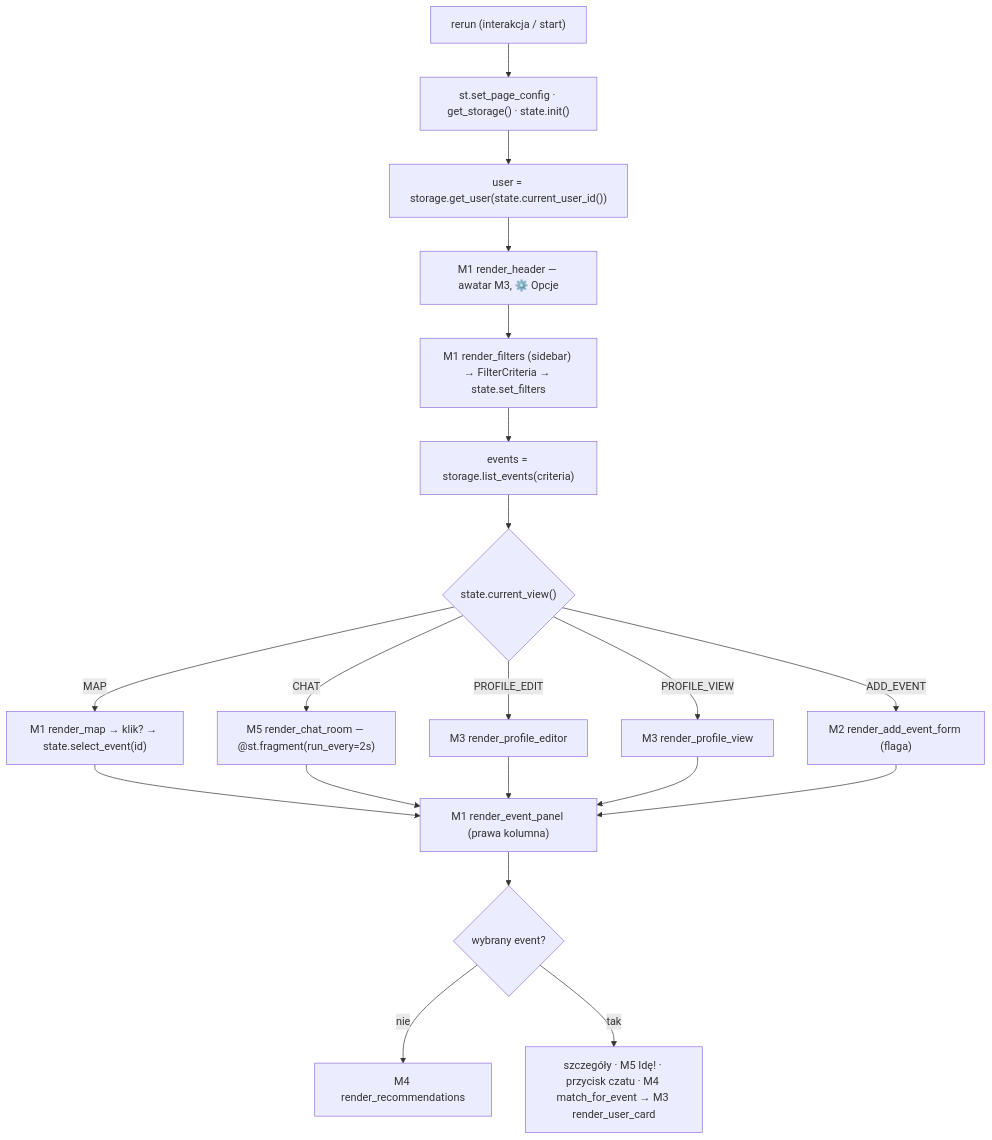
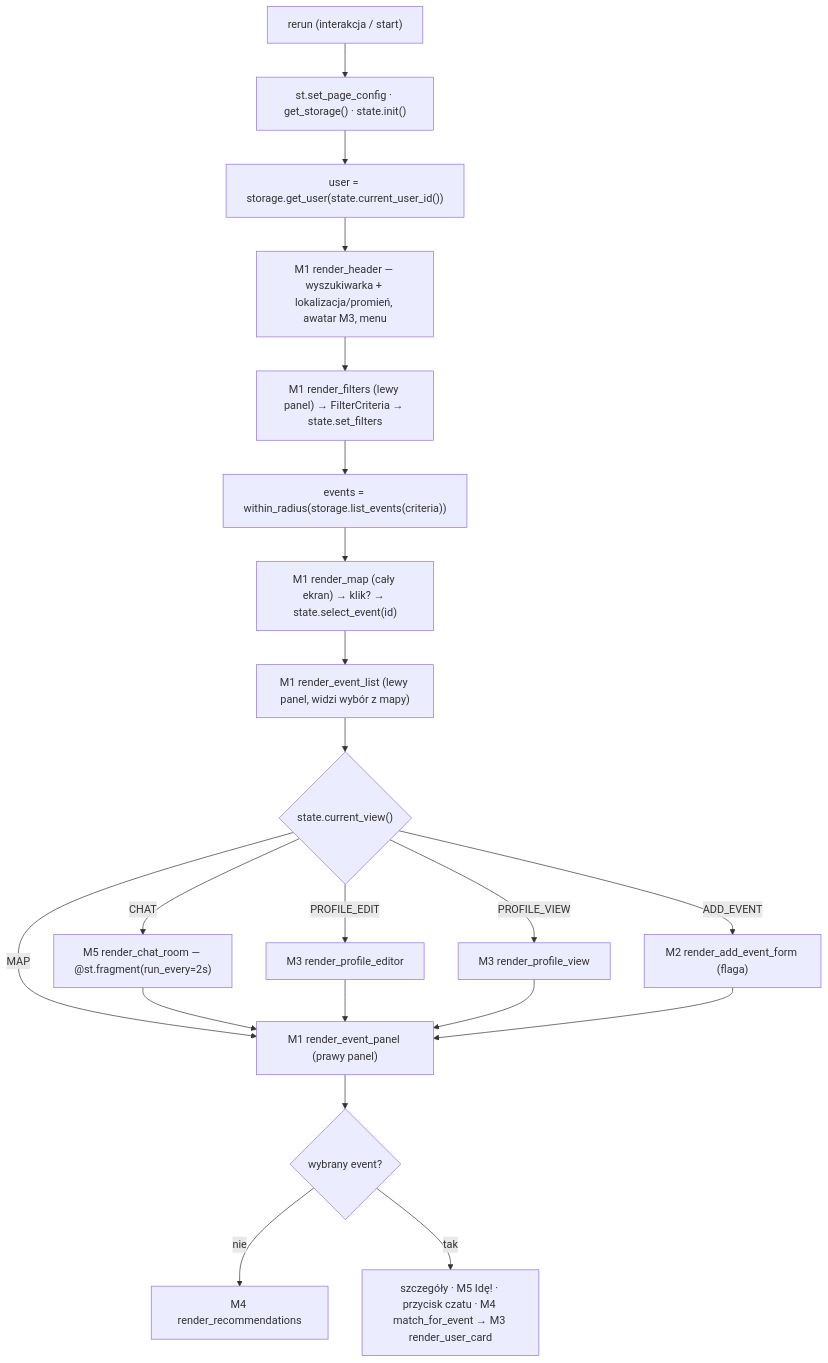
Before and after one commit to klonicaWeronika/HackYeah26_event_app: the fourth of 7 diagrams in ARCHITECTURE.md, drawn with Mermaid. The commit also changed other lines of this file and 10 other files, not shown here.

First line of the commit message:
M1: mapa na cały ekran z pływającymi panelami — wyszukiwarka z lokalizacją i promieniem, pasek kategorii, chowane panele

````diff
--- a/ARCHITECTURE.md
+++ b/ARCHITECTURE.md
@@ -169,18 +169,20 @@
 ```mermaid
 flowchart TD
     A["rerun (interakcja / start)"] --> B["st.set_page_config · get_storage() · state.init()"]
     B --> C["user = storage.get_user(state.current_user_id())"]
-    C --> D["M1 render_header — awatar M3, ⚙️ Opcje"]
-    D --> E["M1 render_filters (sidebar) → FilterCriteria → state.set_filters"]
-    E --> F["events = storage.list_events(criteria)"]
-    F --> G{"state.current_view()"}
-    G -->|MAP| H["M1 render_map → klik? → state.select_event(id)"]
+    C --> D["M1 render_header — wyszukiwarka + lokalizacja/promień, awatar M3, menu"]
+    D --> E["M1 render_filters (lewy panel) → FilterCriteria → state.set_filters"]
+    E --> F["events = within_radius(storage.list_events(criteria))"]
+    F --> H["M1 render_map (cały ekran) → klik? → state.select_event(id)"]
+    H --> LST["M1 render_event_list (lewy panel, widzi wybór z mapy)"]
+    LST --> G{"state.current_view()"}
     G -->|CHAT| I["M5 render_chat_room — @st.fragment(run_every=2s)"]
     G -->|PROFILE_EDIT| J["M3 render_profile_editor"]
     G -->|PROFILE_VIEW| K["M3 render_profile_view"]
     G -->|ADD_EVENT| L["M2 render_add_event_form (flaga)"]
-    H & I & J & K & L --> P["M1 render_event_panel (prawa kolumna)"]
+    G -->|MAP| P
+    I & J & K & L --> P["M1 render_event_panel (prawy panel)"]
     P --> Q{"wybrany event?"}
     Q -->|nie| R["M4 render_recommendations"]
     Q -->|tak| S["szczegóły · M5 Idę! · przycisk czatu · M4 match_for_event → M3 render_user_card"]
 ```
````
